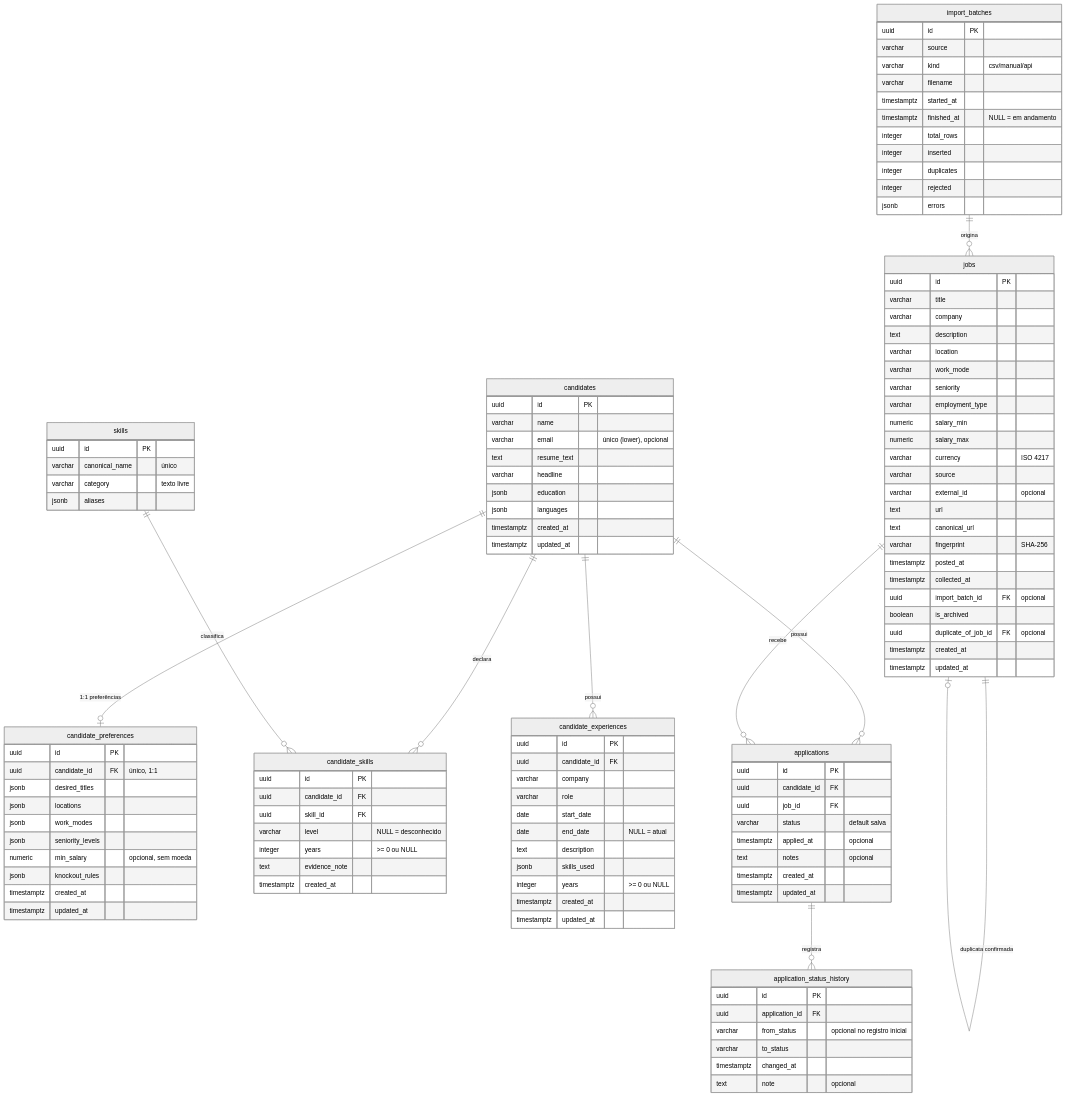
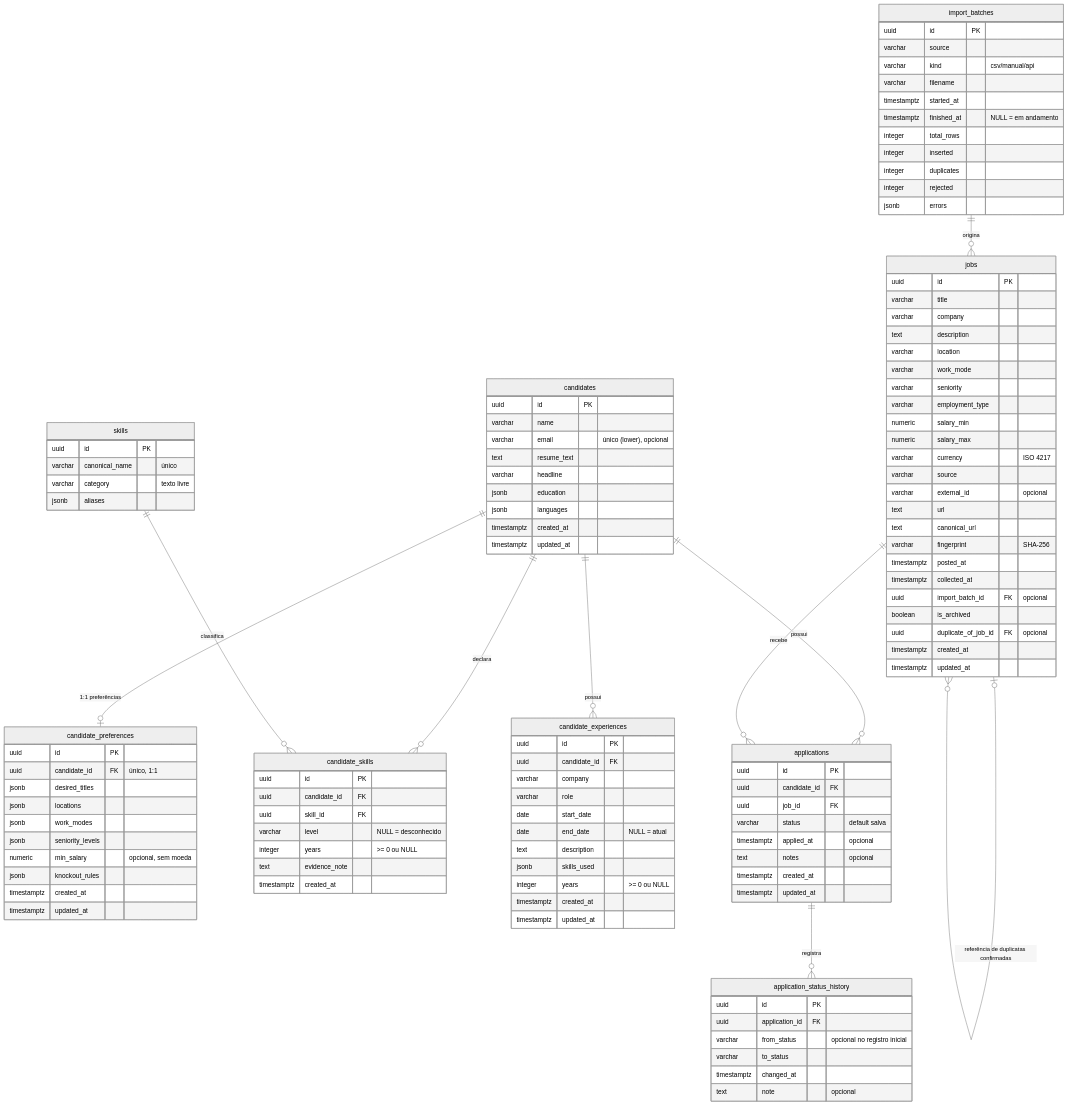
Before and after one commit to JoaumPdr/jobpilot-ai: the diagram in docs/data-model.md, drawn with Mermaid (neutral theme). The commit also changed other lines of this file and 5 other files, not shown here.

```diff
--- a/docs/data-model.md
+++ b/docs/data-model.md
@@ -33,7 +33,7 @@
     candidates ||--o{ candidate_experiences : "possui"
     skills ||--o{ candidate_skills : "classifica"
     import_batches ||--o{ jobs : "origina"
-    jobs ||--o| jobs : "duplicata confirmada"
+    jobs |o--o{ jobs : "referência de duplicatas confirmadas"
     candidates ||--o{ applications : "possui"
     jobs ||--o{ applications : "recebe"
     applications ||--o{ application_status_history : "registra"
```
